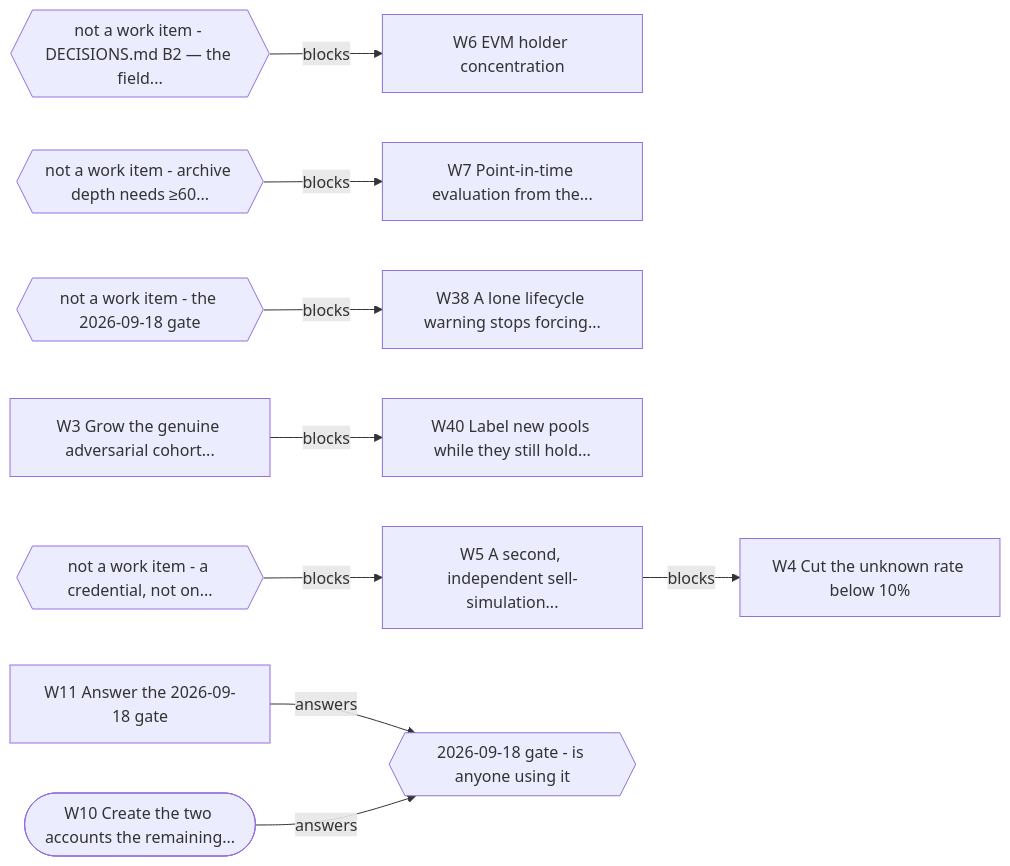
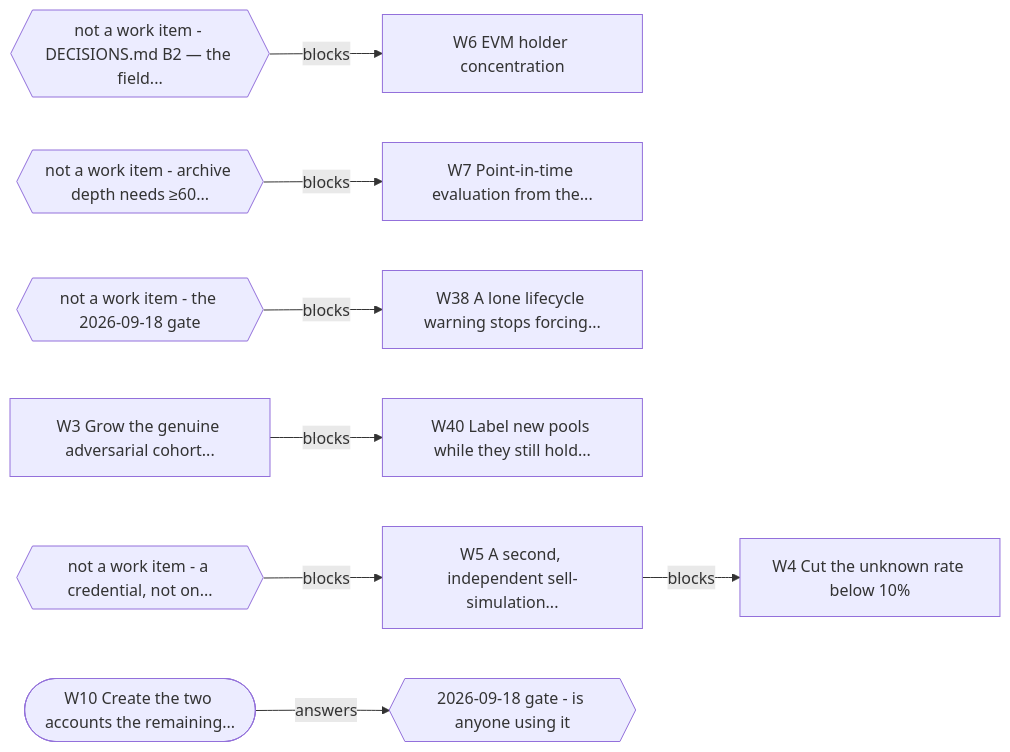
The second of 2 diagrams in docs/OWNER.md (jakegu1/vetagent), drawn with Mermaid before and after one commit. The commit also changed other lines of this file and 4 other files, not shown here.

````diff
--- a/docs/OWNER.md
+++ b/docs/OWNER.md
@@ -102,25 +94,23 @@
 ```mermaid
 flowchart LR
     W3[W3 Grow the genuine adversarial cohort...]
     W4[W4 Cut the unknown rate below 10%]
     W6[W6 EVM holder concentration]
     W7[W7 Point-in-time evaluation from the...]
     W38[W38 A lone lifecycle warning stops forcing...]
     W40[W40 Label new pools while they still hold...]
     W5[W5 A second, independent sell-simulation...]
     W10([W10 Create the two accounts the remaining...])
-    W11[W11 Answer the 2026-09-18 gate]
     E1{{not a work item - DECISIONS.md B2 — the field...}}
     E2{{not a work item - archive depth needs ≥60...}}
     E3{{not a work item - the 2026-09-18 gate}}
     E4{{not a work item - a credential, not on...}}
     GATE{{2026-09-18 gate - is anyone using it}}
     W5 -->|blocks| W4
     E1 -->|blocks| W6
     E2 -->|blocks| W7
     E3 -->|blocks| W38
     W3 -->|blocks| W40
     E4 -->|blocks| W5
-    W11 -->|answers| GATE
     W10 -->|answers| GATE
 ```
````
